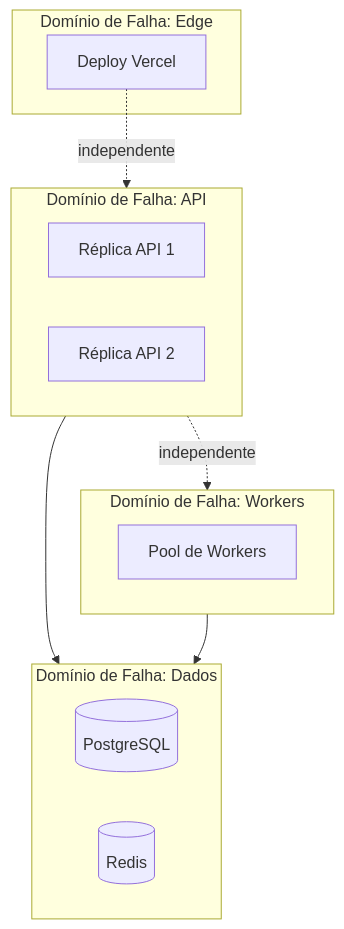
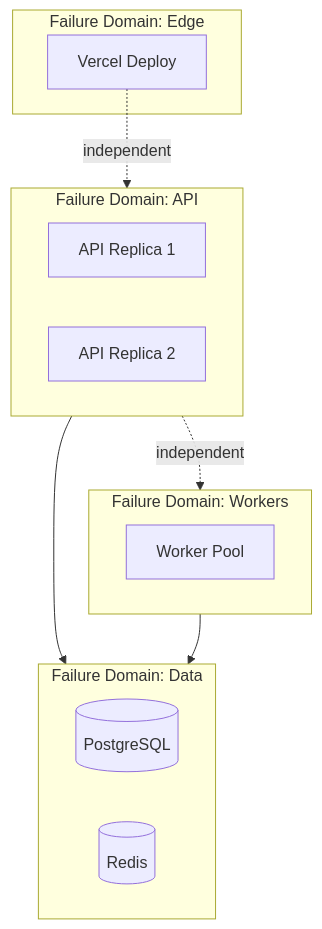
One commit to alissonf216/licitech-architecture-showcase changed the sixth of 8 diagrams in docs/ARCHITECTURE.md. Above: the diagram before and after it, drawn with Mermaid. The commit also changed other lines of this file and 36 other files, not shown here.

First line of the commit message:
Add Licitech architecture portfolio (EN + PT-BR)

````diff
--- a/docs/ARCHITECTURE.md
+++ b/docs/ARCHITECTURE.md
@@ -199,22 +201,22 @@
 ```mermaid
 graph TD
-    subgraph FD1["Domínio de Falha: Edge"]
-        V[Deploy Vercel]
+    subgraph FD1["Failure Domain: Edge"]
+        V[Vercel Deploy]
     end
-    subgraph FD2["Domínio de Falha: API"]
-        A1[Réplica API 1]
-        A2[Réplica API 2]
+    subgraph FD2["Failure Domain: API"]
+        A1[API Replica 1]
+        A2[API Replica 2]
     end
-    subgraph FD3["Domínio de Falha: Workers"]
-        W1[Pool de Workers]
+    subgraph FD3["Failure Domain: Workers"]
+        W1[Worker Pool]
     end
-    subgraph FD4["Domínio de Falha: Dados"]
+    subgraph FD4["Failure Domain: Data"]
         PG[(PostgreSQL)]
         R[(Redis)]
     end
 
-    V -.->|independente| FD2
-    FD2 -.->|independente| FD3
+    V -.->|independent| FD2
+    FD2 -.->|independent| FD3
     FD2 --> FD4
     FD3 --> FD4
 ```
````
